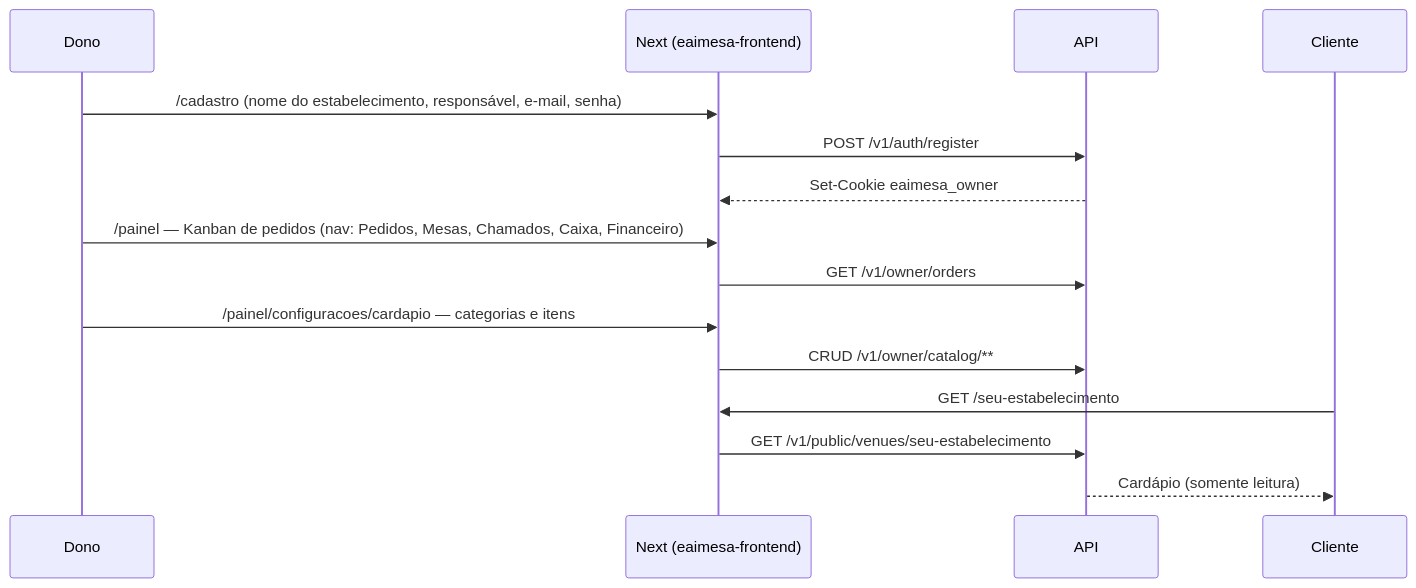
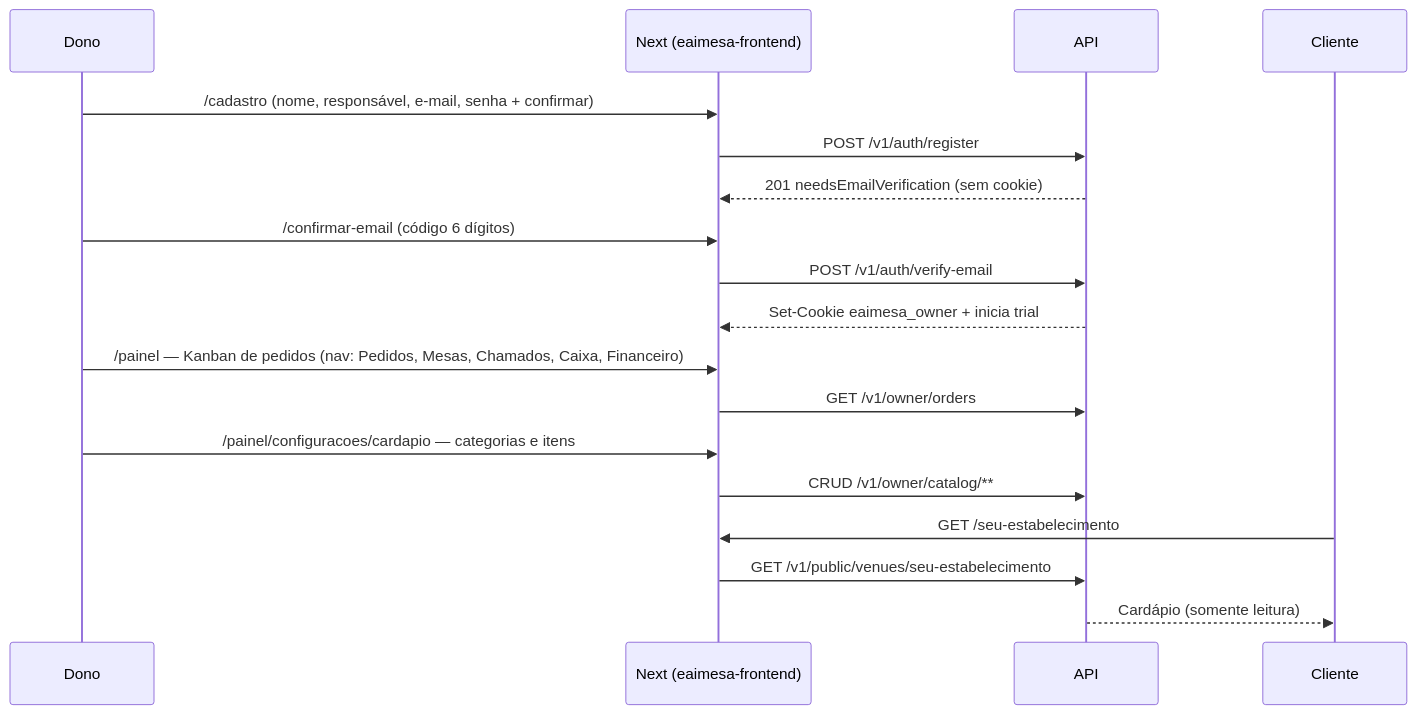
One commit to filiperamosds/eaimesa-frontend changed the first of 7 diagrams in docs/product/fluxos.md. Above: the diagram before and after it, drawn with Mermaid. The commit also changed other lines of this file and 25 other files, not shown here.

First line of the commit message:
Fatia 18: confirmar e-mail, convite, reset e confirmar senha

````diff
--- a/docs/product/fluxos.md
+++ b/docs/product/fluxos.md
@@ -7,18 +7,21 @@
 ```mermaid
 sequenceDiagram
   participant D as Dono
   participant W as Next (eaimesa-frontend)
   participant API as API
   participant C as Cliente
 
-  D->>W: /cadastro (nome do estabelecimento, responsável, e-mail, senha)
+  D->>W: /cadastro (nome, responsável, e-mail, senha + confirmar)
   W->>API: POST /v1/auth/register
-  API-->>W: Set-Cookie eaimesa_owner
+  API-->>W: 201 needsEmailVerification (sem cookie)
+  D->>W: /confirmar-email (código 6 dígitos)
+  W->>API: POST /v1/auth/verify-email
+  API-->>W: Set-Cookie eaimesa_owner + inicia trial
   D->>W: /painel — Kanban de pedidos (nav: Pedidos, Mesas, Chamados, Caixa, Financeiro)
   W->>API: GET /v1/owner/orders
   D->>W: /painel/configuracoes/cardapio — categorias e itens
   W->>API: CRUD /v1/owner/catalog/**
   C->>W: GET /seu-estabelecimento
   W->>API: GET /v1/public/venues/seu-estabelecimento
   API-->>C: Cardápio (somente leitura)
 ```
````
